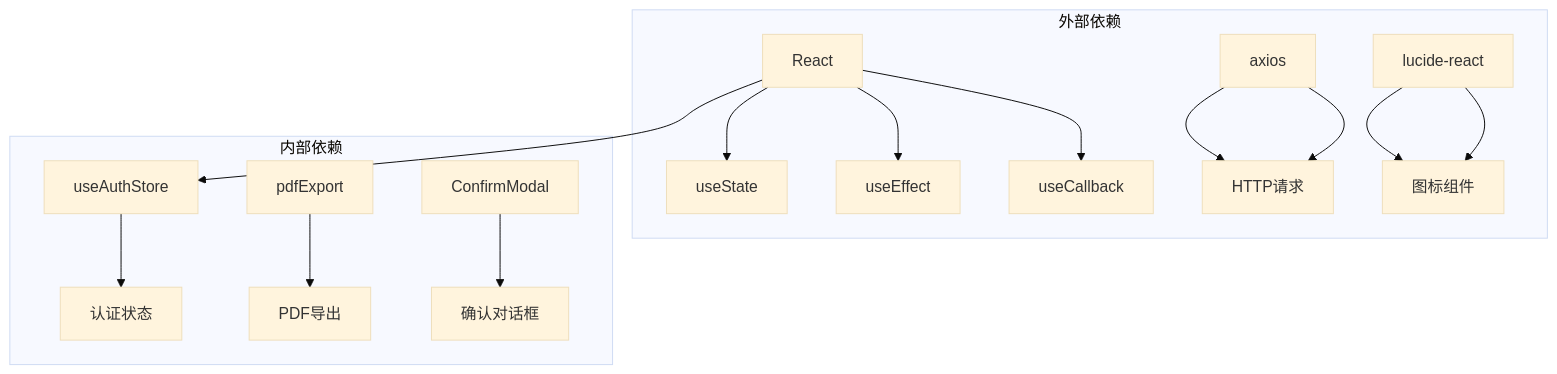
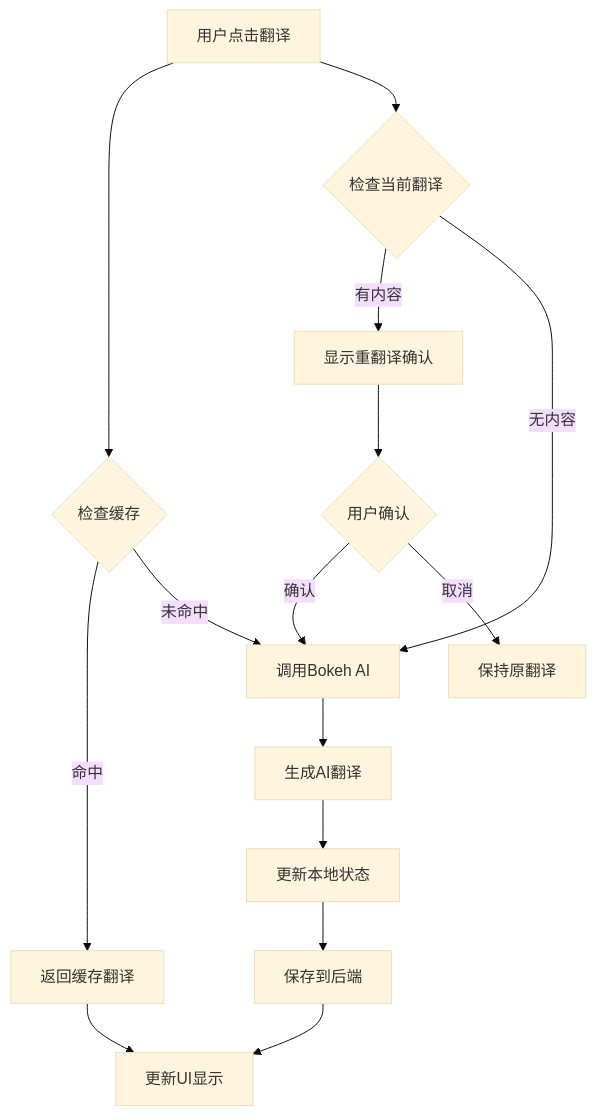
Before and after one commit to CubeEdge/Longhorn: diagram 13 of 40 in .qoder/repowiki/zh/content/Repair Report Editor Component.md, drawn with Mermaid (base theme). The commit also changed other lines of this file and 53 other files, not shown here.

````diff
--- a/.qoder/repowiki/zh/content/Repair Report Editor Component.md
+++ b/.qoder/repowiki/zh/content/Repair Report Editor Component.md
@@ -341,18 +539,17 @@
 ```mermaid
-graph TB
-subgraph "外部依赖"
-A[React] --> B[useState]
-A --> C[useEffect]
-A --> D[useCallback]
-E[axios] --> F[HTTP请求]
-G[lucide-react] --> H[图标组件]
-end
-subgraph "内部依赖"
-I[useAuthStore] --> J[认证状态]
-K[pdfExport] --> L[PDF导出]
-M[ConfirmModal] --> N[确认对话框]
-end
-A --> I
-E --> F
-G --> H
+flowchart TD
+A[用户点击翻译] --> B{检查缓存}
+B --> |命中| C[返回缓存翻译]
+B --> |未命中| D[调用Bokeh AI]
+D --> E[生成AI翻译]
+E --> F[更新本地状态]
+F --> G[保存到后端]
+G --> H[更新UI显示]
+C --> H
+A --> I{检查当前翻译}
+I --> |有内容| J[显示重翻译确认]
+I --> |无内容| D
+J --> K{用户确认}
+K --> |确认| D
+K --> |取消| L[保持原翻译]
 ```
````
